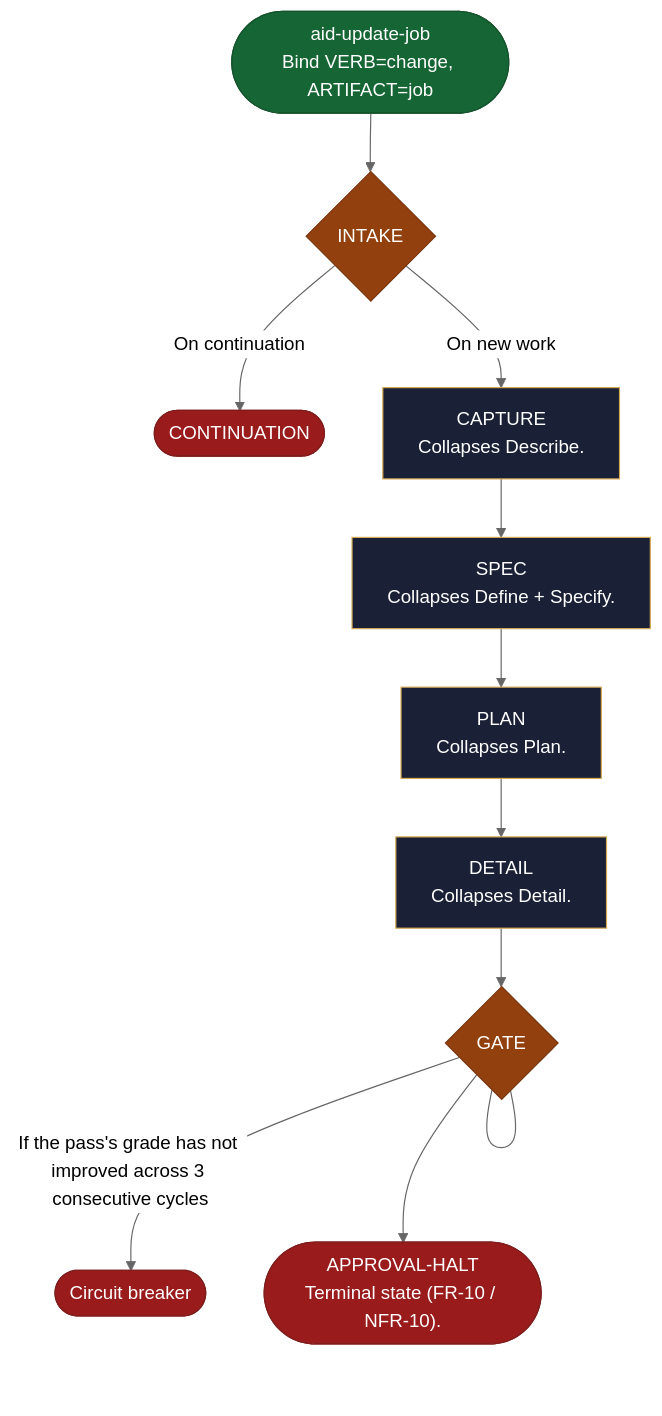
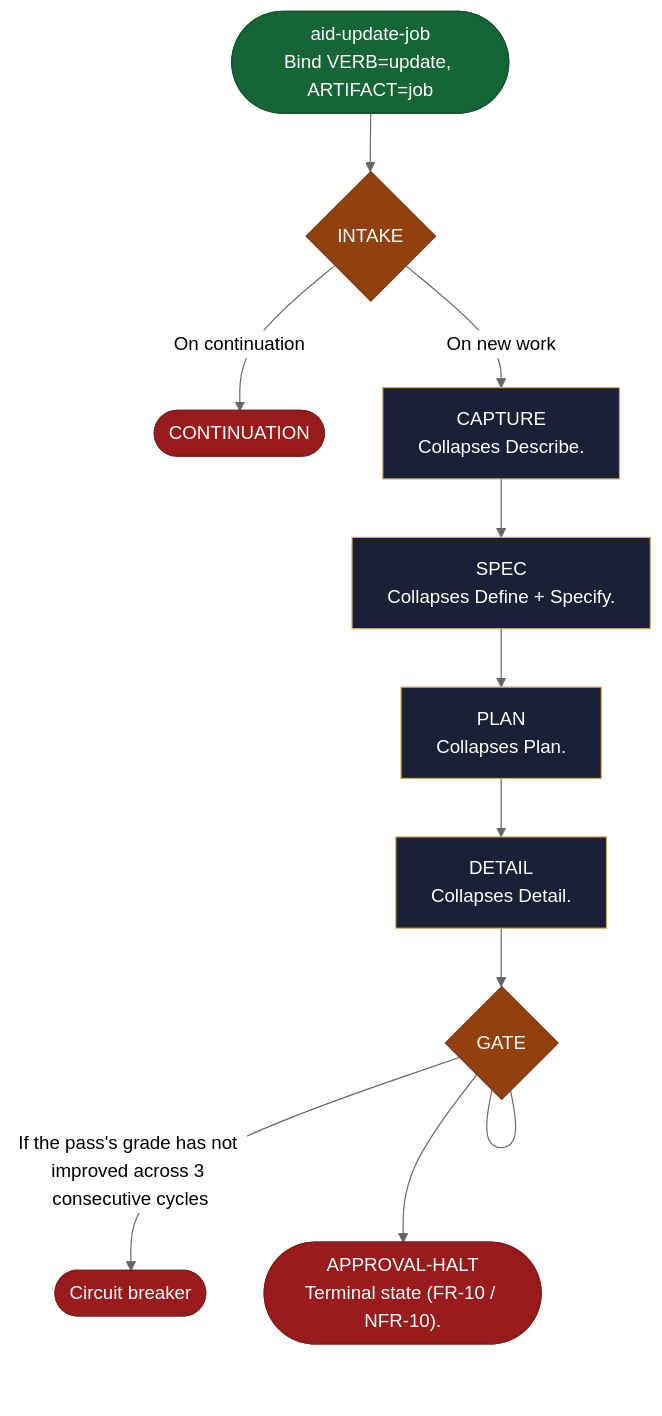
The diagram in site/src/content/docs/skills/aid-update-job.md (AndreVianna/aid-methodology), drawn with Mermaid (neutral theme) before and after one commit. The commit also changed other lines of this file and 99 other files, not shown here.

````diff
--- a/site/src/content/docs/skills/aid-update-job.md
+++ b/site/src/content/docs/skills/aid-update-job.md
@@ -20,49 +20,49 @@
 ```mermaid
 flowchart TB
   classDef aidNode color:#fff
   classDef aidEntry fill:#166534,stroke:#14532d,color:#fff
   classDef aidExit fill:#991b1b,stroke:#7f1d1d,color:#fff
   classDef aidDecision fill:#92400e,stroke:#78350f,color:#fff
   classDef aidLoopBack fill:#1e3a8a,stroke:#1e3a8a,color:#fff
   classDef aidStep fill:#1a2035,stroke:#d4a853,color:#f1f5f9
-  n1(["aid-update-job<br/>Bind VERB=change, ARTIFACT=job"])
+  n1(["aid-update-job<br/>Bind VERB=update, ARTIFACT=job"])
   n2{"INTAKE"}
   n3(["CONTINUATION"])
   n4["CAPTURE<br/>Collapses Describe."]
   n5["SPEC<br/>Collapses Define + Specify."]
   n6["PLAN<br/>Collapses Plan."]
   n7["DETAIL<br/>Collapses Detail."]
   n8{"GATE"}
   n9(["Circuit breaker"])
   n10(["APPROVAL-HALT<br/>Terminal state (FR-10 / NFR-10)."])
   n1 --> n2
   n2 -->|"On continuation"| n3
   n2 -->|"On new work"| n4
   n4 --> n5
   n5 --> n6
   n6 --> n7
   n7 --> n8
   n8 --- n8
   n8 -->|"If the pass's grade has not improved across 3 consecutive cycles"| n9
   n8 --> n10
   class n1 aidEntry
   class n2 aidDecision
   class n3 aidExit
   class n4 aidStep
   class n5 aidStep
   class n6 aidStep
   class n7 aidStep
   class n8 aidDecision
   class n9 aidExit
   class n10 aidExit
   class n1 aidNode
   class n2 aidNode
   class n3 aidNode
   class n4 aidNode
   class n5 aidNode
   class n6 aidNode
   class n7 aidNode
   class n8 aidNode
   class n9 aidNode
   class n10 aidNode
 ```
````
